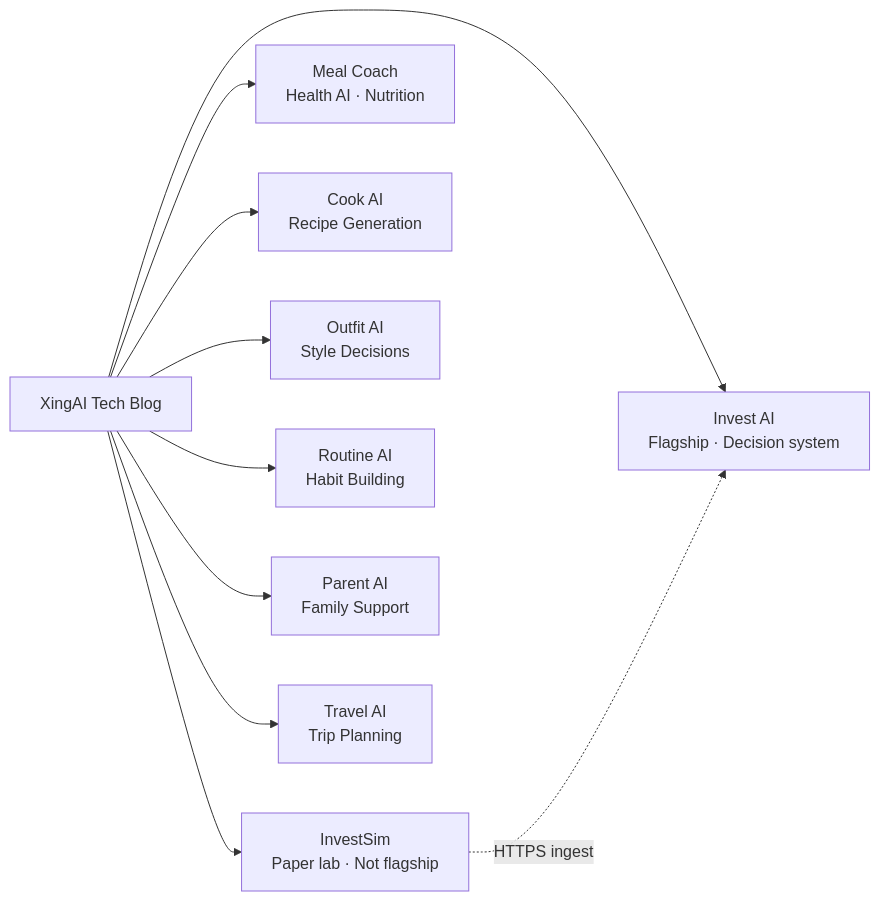
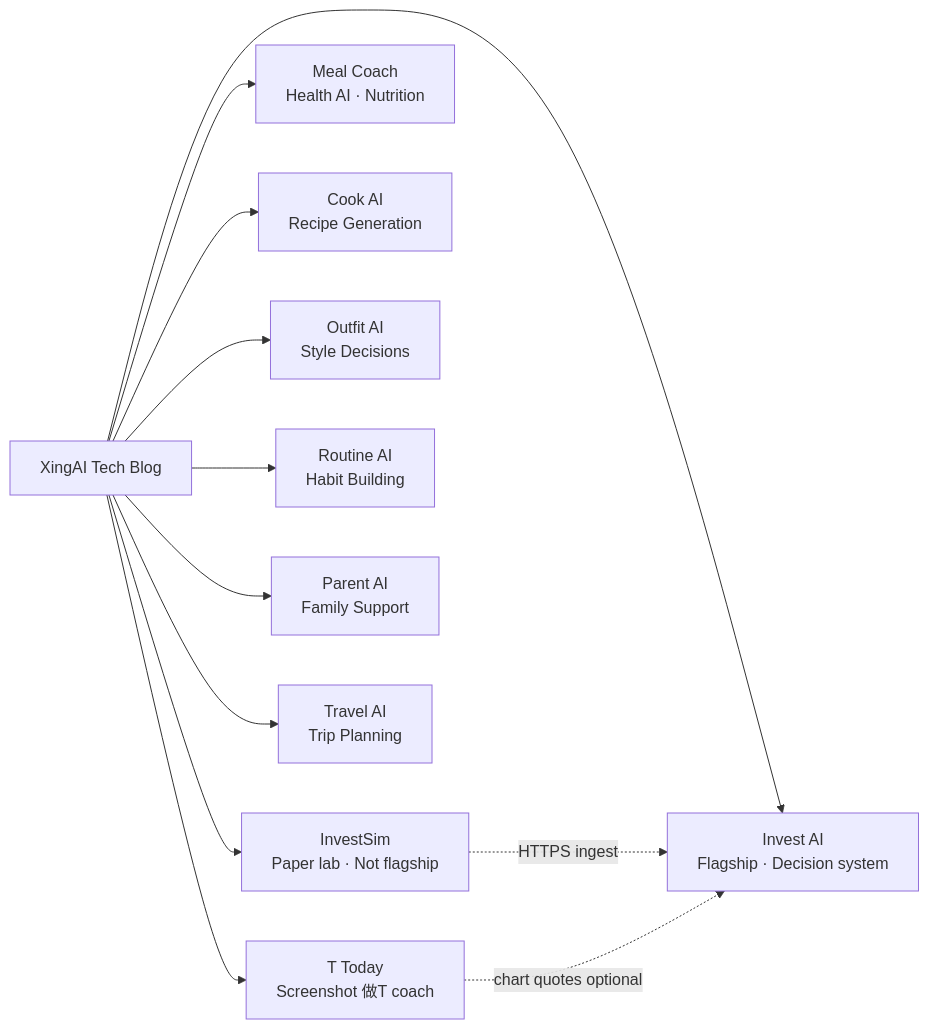
Before and after one commit to xingaiapp/xingai-tech-blog: the diagram in README.md, drawn with Mermaid. The commit also changed other lines of this file and 3 other files, not shown here.

````diff
--- a/README.md
+++ b/README.md
@@ -39,13 +42,15 @@
 ```mermaid
 graph LR
     BLOG["XingAI Tech Blog"]
     BLOG --> INVEST["Invest AI<br/>Flagship · Decision system"]
     BLOG --> INVESTSIM["InvestSim<br/>Paper lab · Not flagship"]
     BLOG --> MEAL["Meal Coach<br/>Health AI · Nutrition"]
     BLOG --> COOK["Cook AI<br/>Recipe Generation"]
     BLOG --> OUTFIT["Outfit AI<br/>Style Decisions"]
     BLOG --> ROUTINE["Routine AI<br/>Habit Building"]
     BLOG --> PARENT["Parent AI<br/>Family Support"]
     BLOG --> TRAVEL["Travel AI<br/>Trip Planning"]
+    BLOG --> TTODAY["T Today<br/>Screenshot 做T coach"]
     INVESTSIM -.->|"HTTPS ingest"| INVEST
+    TTODAY -.->|"chart quotes optional"| INVEST
 ```
````
